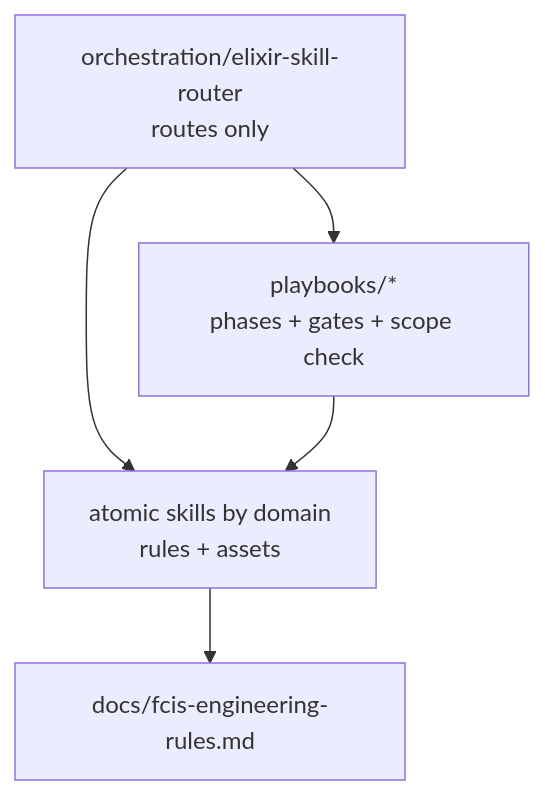
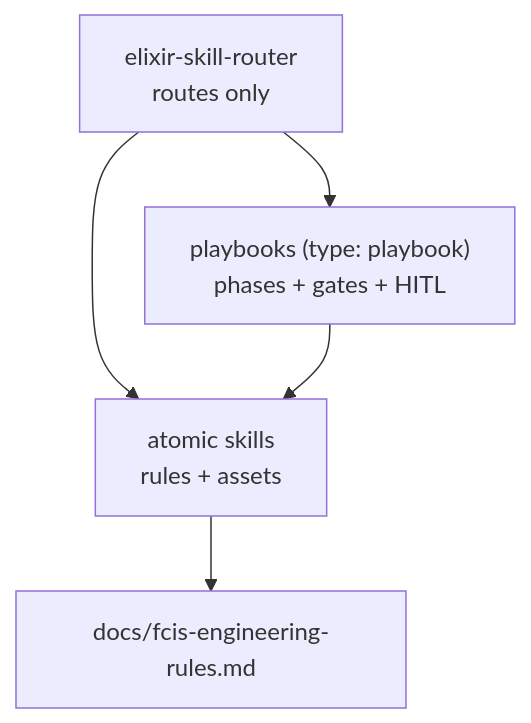
Before and after one commit to igmarin/agent-profiles: the first of 2 diagrams in plugins/elixir-developer/resources/elixir/docs/playbooks.md, drawn with Mermaid. The commit also changed other lines of this file and 171 other files, not shown here.

Commit message:
Pin Elixir skills to merged release

````diff
--- a/plugins/elixir-developer/resources/elixir/docs/playbooks.md
+++ b/plugins/elixir-developer/resources/elixir/docs/playbooks.md
@@ -7,12 +7,12 @@
 ```mermaid
 flowchart TB
-  Router["orchestration/elixir-skill-router<br/>routes only"]
-  PB["playbooks/*<br/>phases + gates + scope check"]
-  Atomic["atomic skills by domain<br/>rules + assets"]
+  Router["elixir-skill-router<br/>routes only"]
+  PB["playbooks (type: playbook)<br/>phases + gates + HITL"]
+  Atomic["atomic skills<br/>rules + assets"]
   FCIS["docs/fcis-engineering-rules.md"]
 
   Router --> PB
   Router --> Atomic
   PB --> Atomic
   Atomic --> FCIS
 ```
````
